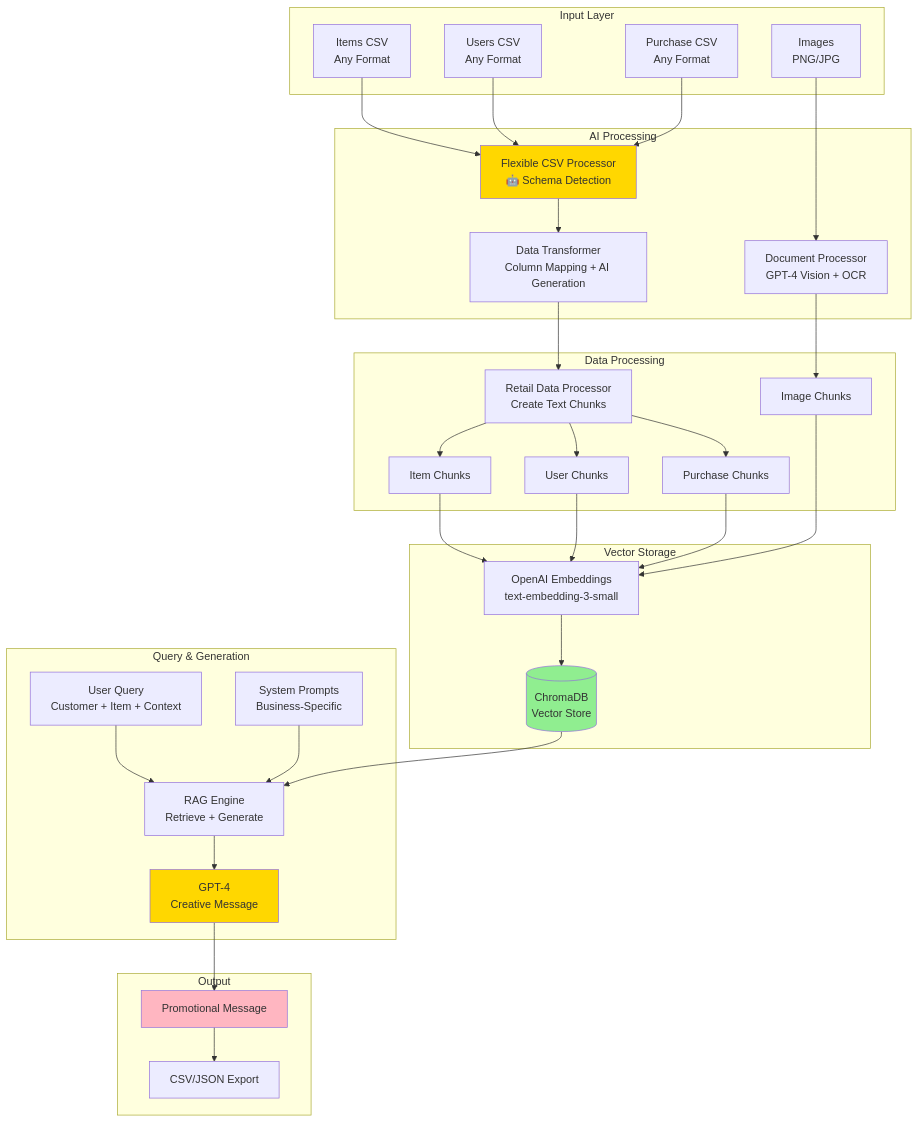
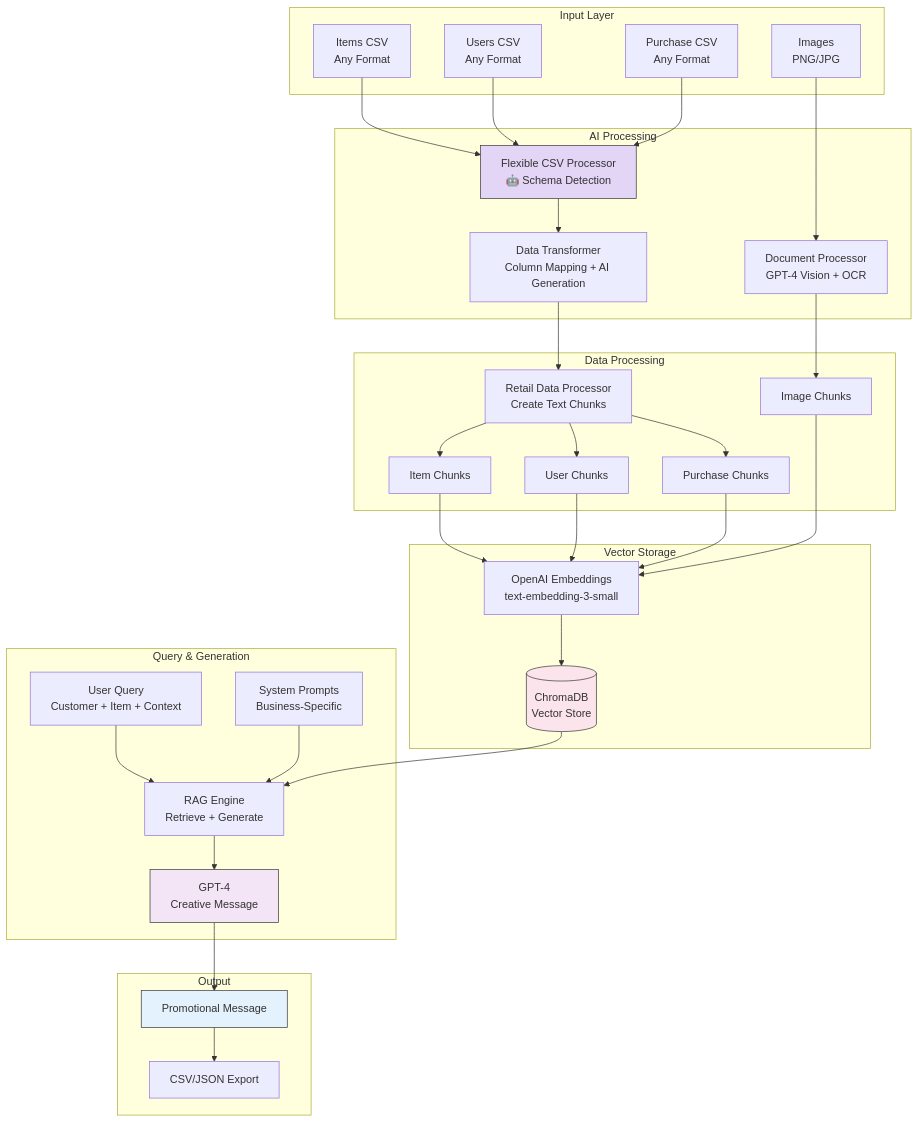
One commit to vagishjaiswal/21Nov25 changed the second of 8 diagrams in promotional_agent/EXPLAIN_PART2.md. Above: the diagram before and after it, drawn with Mermaid. The commit also changed other lines of this file and 11 other files, not shown here.

````diff
--- a/promotional_agent/EXPLAIN_PART2.md
+++ b/promotional_agent/EXPLAIN_PART2.md
@@ -369,72 +369,72 @@
 ```mermaid
 graph TB
     subgraph "Input Layer"
         CSV1[Items CSV<br/>Any Format]
         CSV2[Users CSV<br/>Any Format]
         CSV3[Purchase CSV<br/>Any Format]
         IMG[Images<br/>PNG/JPG]
     end
     
     subgraph "AI Processing"
         FLEX[Flexible CSV Processor<br/>🤖 Schema Detection]
         TRANS[Data Transformer<br/>Column Mapping + AI Generation]
         DOC[Document Processor<br/>GPT-4 Vision + OCR]
     end
     
     subgraph "Data Processing"
         RETAIL[Retail Data Processor<br/>Create Text Chunks]
         CHUNK1[Item Chunks]
         CHUNK2[User Chunks]
         CHUNK3[Purchase Chunks]
         CHUNK4[Image Chunks]
     end
     
     subgraph "Vector Storage"
         EMB[OpenAI Embeddings<br/>text-embedding-3-small]
         CHROMA[(ChromaDB<br/>Vector Store)]
     end
     
     subgraph "Query & Generation"
         QUERY[User Query<br/>Customer + Item + Context]
         RAG[RAG Engine<br/>Retrieve + Generate]
         GPT4[GPT-4<br/>Creative Message]
         PROMPT[System Prompts<br/>Business-Specific]
     end
     
     subgraph "Output"
         MSG[Promotional Message]
         EXPORT[CSV/JSON Export]
     end
     
     CSV1 --> FLEX
     CSV2 --> FLEX
     CSV3 --> FLEX
     FLEX --> TRANS
     TRANS --> RETAIL
     
     IMG --> DOC
     DOC --> CHUNK4
     
     RETAIL --> CHUNK1
     RETAIL --> CHUNK2
     RETAIL --> CHUNK3
     
     CHUNK1 --> EMB
     CHUNK2 --> EMB
     CHUNK3 --> EMB
     CHUNK4 --> EMB
     
     EMB --> CHROMA
     
     QUERY --> RAG
     CHROMA --> RAG
     PROMPT --> RAG
     RAG --> GPT4
     GPT4 --> MSG
     MSG --> EXPORT
     
-    style FLEX fill:#ffd700
-    style GPT4 fill:#ffd700
-    style CHROMA fill:#90EE90
-    style MSG fill:#FFB6C1
+    style FLEX fill:#e3d5f5,stroke:#333,color:#333
+    style GPT4 fill:#f3e5f5,stroke:#333,color:#333
+    style CHROMA fill:#fce4ec,stroke:#333,color:#333
+    style MSG fill:#e3f2fd,stroke:#333,color:#333
 ```
````
